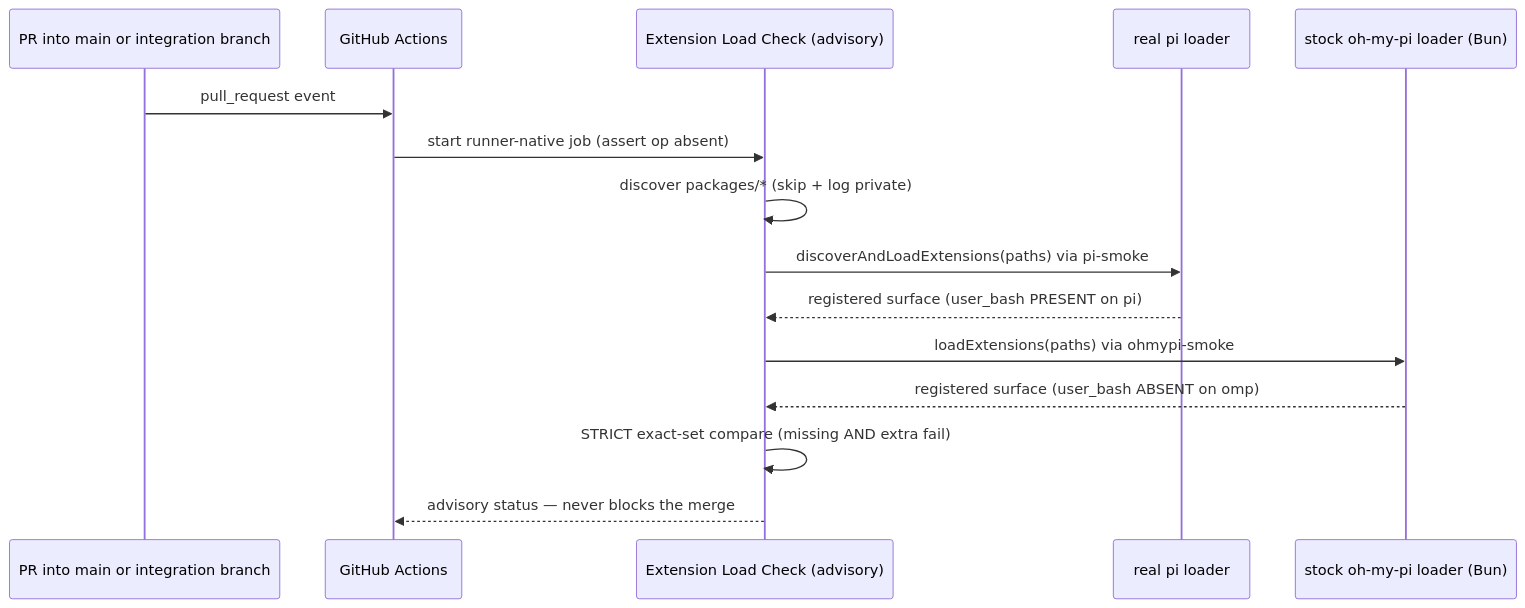
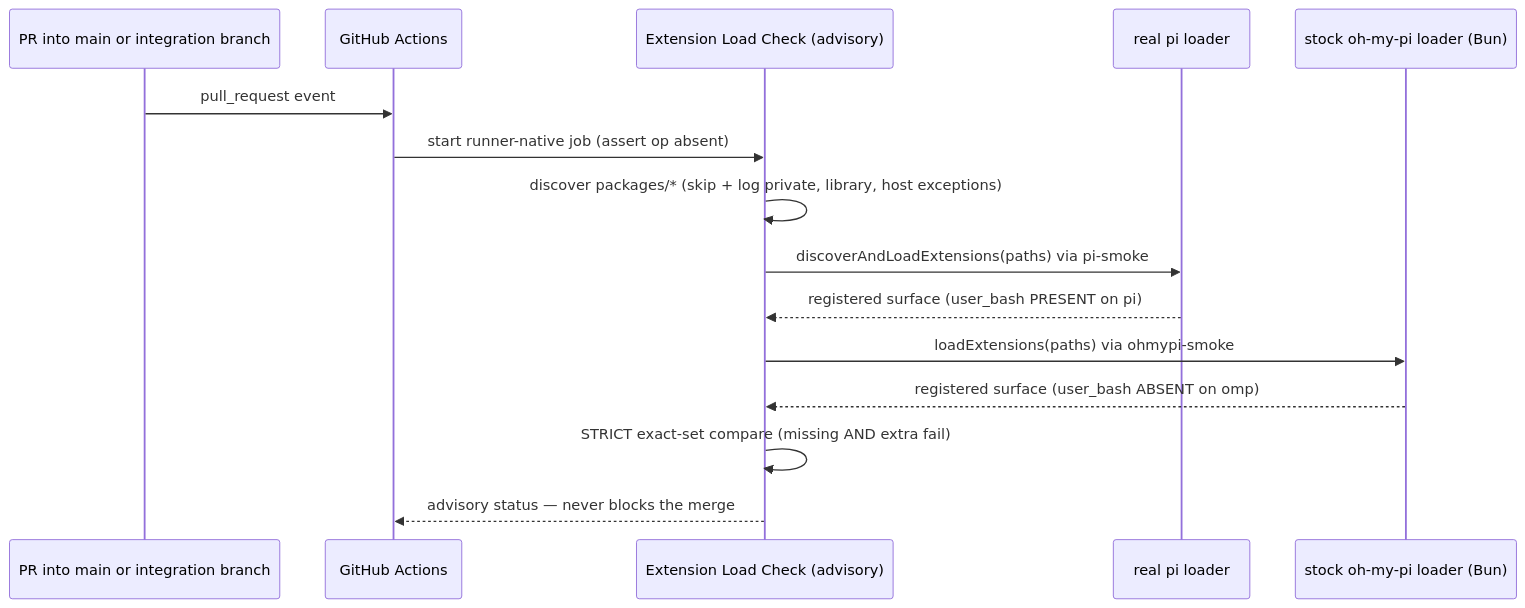
Before and after one commit to jmcombs/pi-extensions: the third of 4 diagrams in docs/ci.md, drawn with Mermaid. The commit also changed other lines of this file and 36 other files, not shown here.

````diff
--- a/docs/ci.md
+++ b/docs/ci.md
@@ -161,17 +165,17 @@
 ```mermaid
 sequenceDiagram
     participant PR as PR into main or integration branch
     participant GH as GitHub Actions
     participant Job as Extension Load Check (advisory)
     participant Pi as real pi loader
     participant Omp as stock oh-my-pi loader (Bun)
     PR->>GH: pull_request event
     GH->>Job: start runner-native job (assert op absent)
-    Job->>Job: discover packages/* (skip + log private)
+    Job->>Job: discover packages/* (skip + log private, library, host exceptions)
     Job->>Pi: discoverAndLoadExtensions(paths) via pi-smoke
     Pi-->>Job: registered surface (user_bash PRESENT on pi)
     Job->>Omp: loadExtensions(paths) via ohmypi-smoke
     Omp-->>Job: registered surface (user_bash ABSENT on omp)
     Job->>Job: STRICT exact-set compare (missing AND extra fail)
     Job-->>GH: advisory status — never blocks the merge
 ```
````
